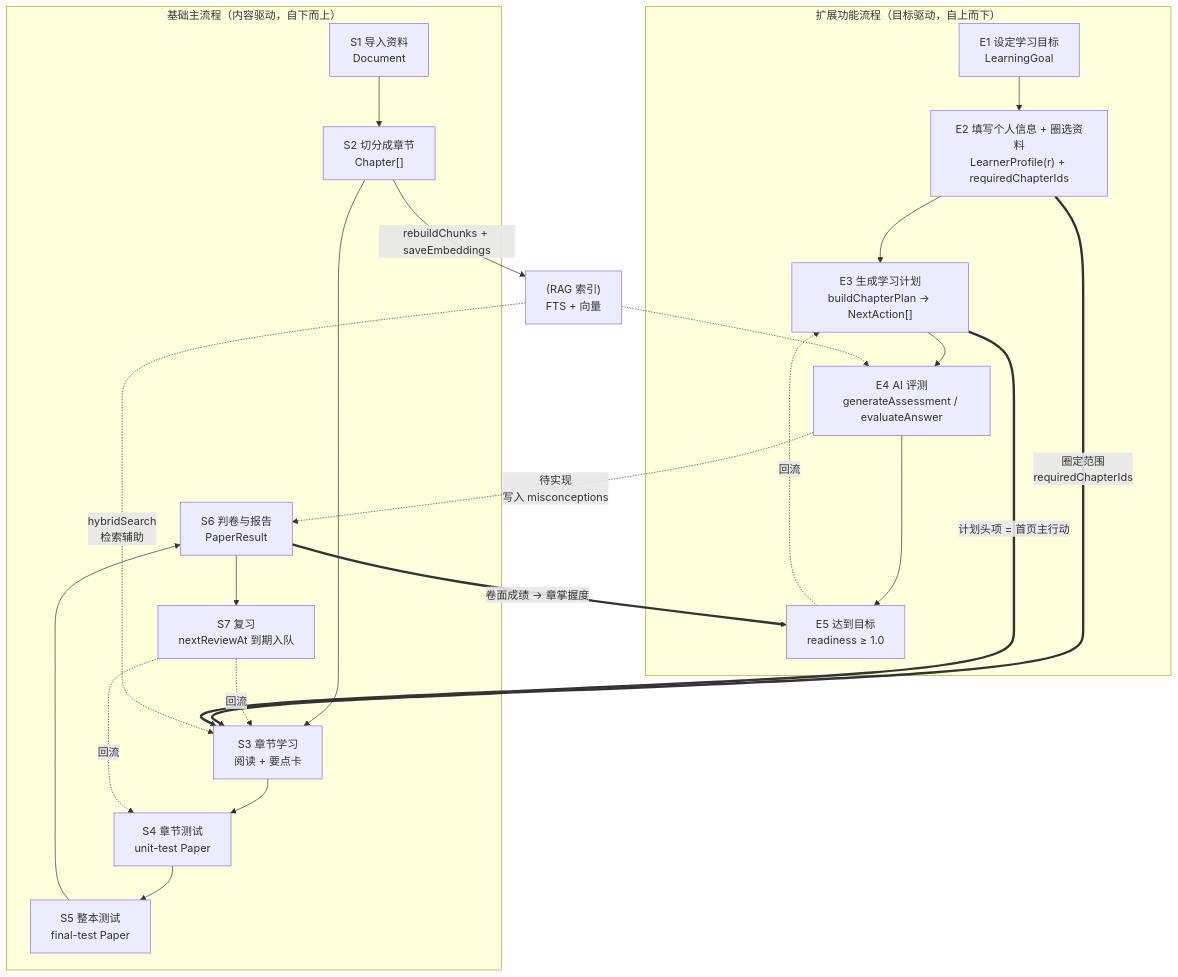
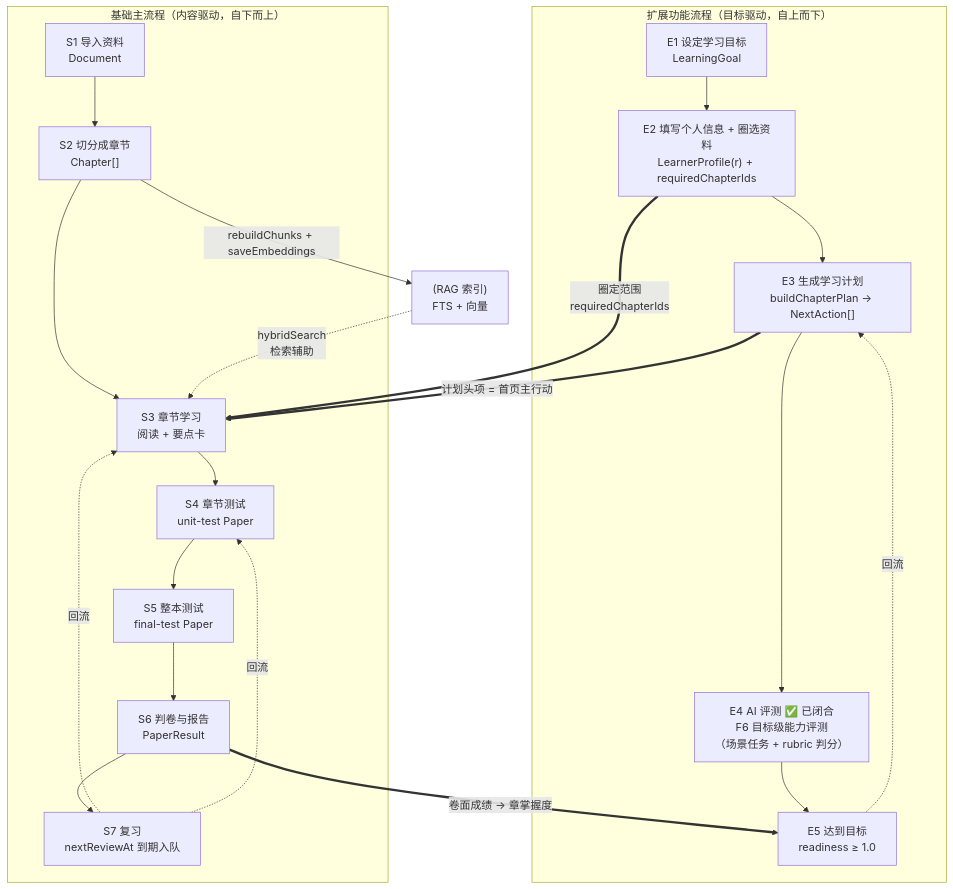
The diagram in docs/business-flow-end-to-end-2026-09.md (JackXuyi/Personal-Learning-OS), drawn with Mermaid before and after one commit. The commit also changed other lines of this file and 5 other files, not shown here.

First line of the commit message:
docs: F6 实施结果 + README 29/15 + roadmap / 业务流文档同步

````diff
--- a/docs/business-flow-end-to-end-2026-09.md
+++ b/docs/business-flow-end-to-end-2026-09.md
@@ -49,34 +53,38 @@
 ```mermaid
 flowchart TD
     subgraph EXT["扩展功能流程（目标驱动，自上而下）"]
         E1["E1 设定学习目标<br/>LearningGoal"]
         E2["E2 填写个人信息 + 圈选资料<br/>LearnerProfile(r) + requiredChapterIds"]
         E3["E3 生成学习计划<br/>buildChapterPlan → NextAction[]"]
-        E4["E4 AI 评测<br/>generateAssessment / evaluateAnswer"]
+        E4["E4 AI 评测 ✅ 已闭合<br/>F6 目标级能力评测<br/>（场景任务 + rubric 判分）"]
         E5["E5 达到目标<br/>readiness ≥ 1.0"]
         E1 --> E2 --> E3 --> E4 --> E5
         E5 -.回流.-> E3
     end
 
     subgraph BASE["基础主流程（内容驱动，自下而上）"]
         S1["S1 导入资料<br/>Document"]
         S2["S2 切分成章节<br/>Chapter[]"]
         S3["S3 章节学习<br/>阅读 + 要点卡"]
         S4["S4 章节测试<br/>unit-test Paper"]
         S5["S5 整本测试<br/>final-test Paper"]
         S6["S6 判卷与报告<br/>PaperResult"]
         S7["S7 复习<br/>nextReviewAt 到期入队"]
         S1 --> S2 --> S3 --> S4 --> S5 --> S6 --> S7
         S7 -.回流.-> S3
         S7 -.回流.-> S4
     end
 
     E2 ==>|"圈定范围<br/>requiredChapterIds"| S3
     E3 ==>|"计划头项 = 首页主行动"| S3
     S6 ==>|"卷面成绩 → 章掌握度"| E5
-    E4 -.待实现<br/>写入 misconceptions.-> S6
+    %% 注：此处原有 E4 -.待实现 · 写入 misconceptions.-> S6 一条虚线。
+    %% 该形态已被 F6 永久放弃（2026-09-15）：能力评测是**独立证据层**，
+    %% 只落 CapabilityReport + 证据流（kind="capability"、delta:0），
+    %% 不写 misconceptions、不改 mastery，故不指向 S6。
 
     S2 -->|"rebuildChunks + saveEmbeddings"| RAG["(RAG 索引)<br/>FTS + 向量"]
     RAG -.hybridSearch<br/>检索辅助.-> S3
-    RAG -.-> E4
+    %% 注：原 RAG -.-> E4 亦已删除 —— F6 的评测素材是**目标范围的整章正文 + keyPoints 全量**，
+    %% 不经 hybridSearch（见 docs/goal-capability-assessment-design-2026-09.md G3）。
 ```
````
